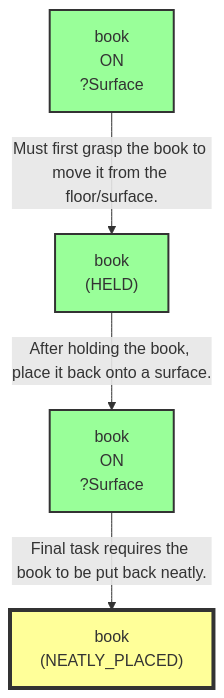
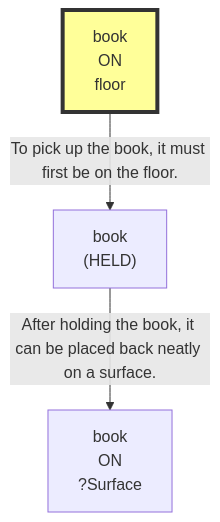
The eighth of 14 diagrams in evaluation/results/table3/robostate/runs/without_parameter_binding/G2_09/run_T3_without_parameter_binding_G2_09.md (scuama/virtualhome), drawn with Mermaid before and after one commit. The commit also changed other lines of this file and 507 other files, not shown here.

````diff
--- a/evaluation/results/table3/robostate/runs/without_parameter_binding/G2_09/run_T3_without_parameter_binding_G2_09.md
+++ b/evaluation/results/table3/robostate/runs/without_parameter_binding/G2_09/run_T3_without_parameter_binding_G2_09.md
@@ -593,14 +658,9 @@
 ```mermaid
 graph TD
-    N1["book<br>ON<br>?Surface"]
-    style N1 fill:#9f9,stroke:#333,stroke-width:2px
+    N1["book<br>ON<br>floor"]
+    style N1 fill:#ff9,stroke:#333,stroke-width:4px
     N2["book<br>(HELD)"]
-    style N2 fill:#9f9,stroke:#333,stroke-width:2px
     N3["book<br>ON<br>?Surface"]
-    style N3 fill:#9f9,stroke:#333,stroke-width:2px
-    N4["book<br>(NEATLY_PLACED)"]
-    style N4 fill:#ff9,stroke:#333,stroke-width:4px
-    N1 -->|"Must first grasp the book to move it from the floor/surface."| N2
-    N2 -->|"After holding the book, place it back onto a surface."| N3
-    N3 -->|"Final task requires the book to be put back neatly."| N4
+    N1 -->|"To pick up the book, it must first be on the floor."| N2
+    N2 -->|"After holding the book, it can be placed back neatly on a surface."| N3
 ```
````
